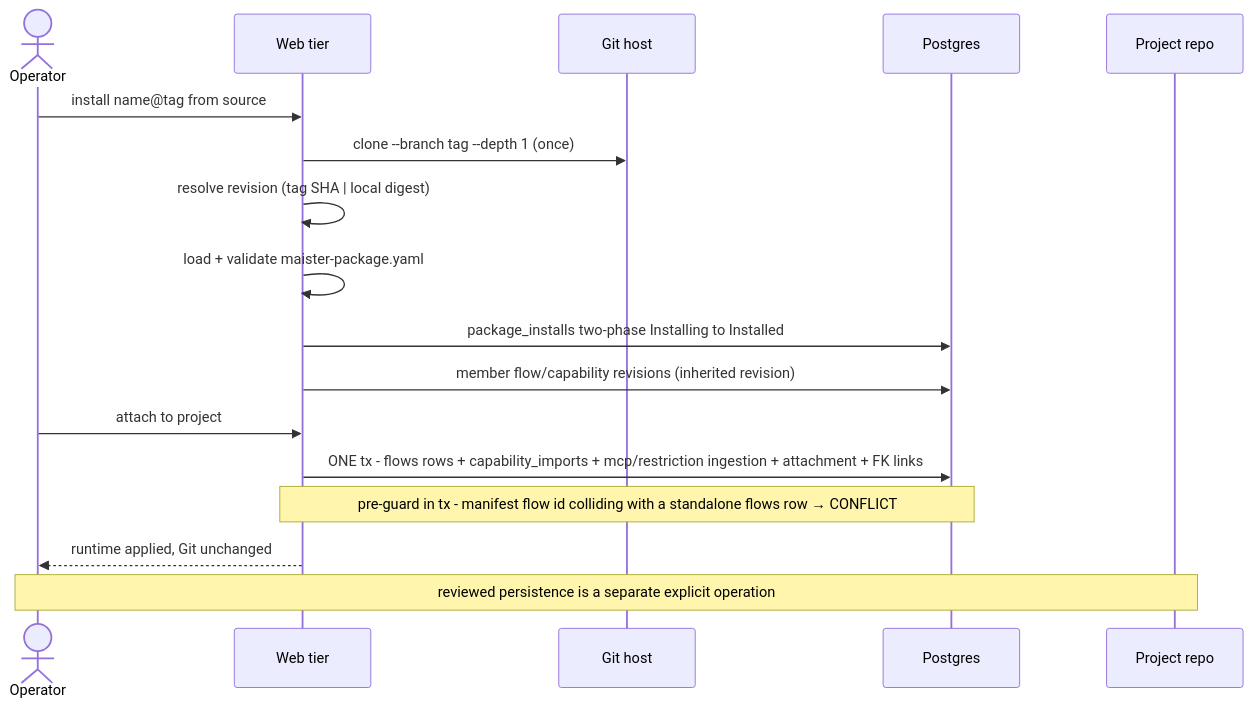
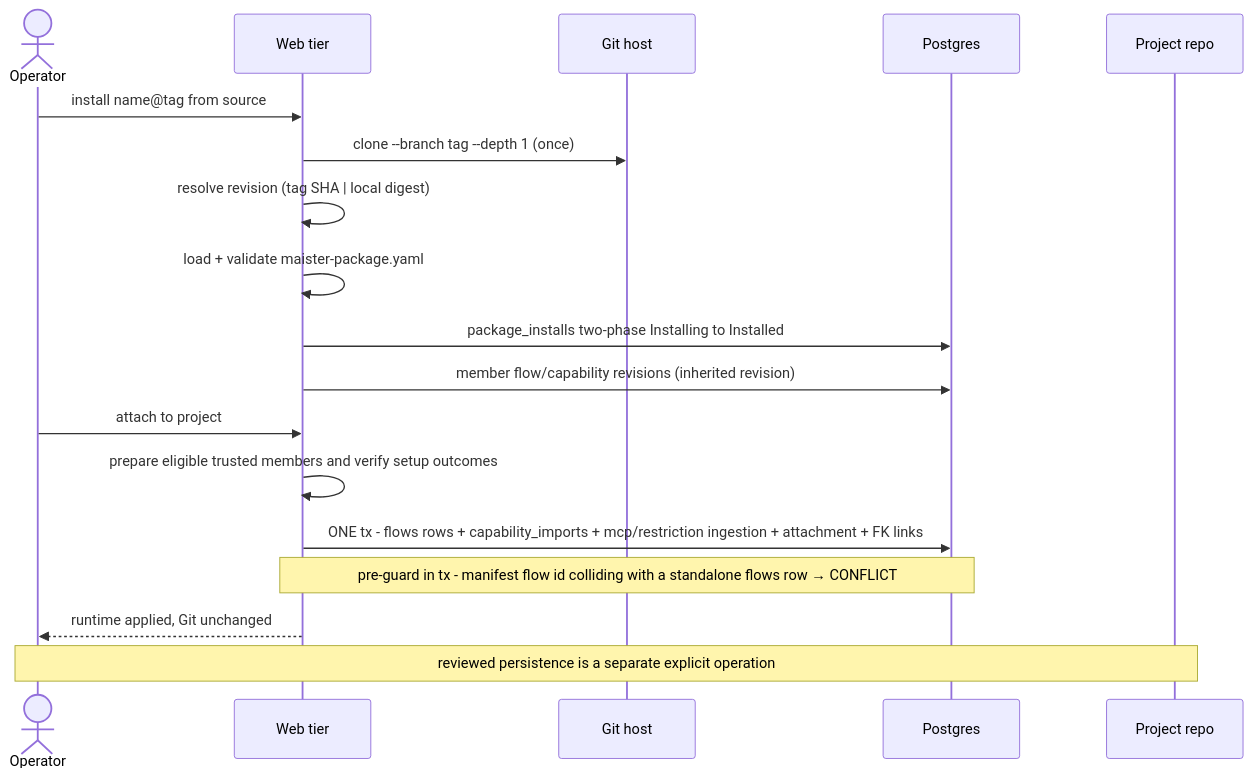
The third of 3 diagrams in docs/system-analytics/packages.md (maister-dev/maister), drawn with Mermaid before and after one commit. The commit also changed other lines of this file and 67 other files, not shown here.

Commit message:
fix(dependencies): fence installation, trusted setup and reviewed publication

````diff
--- a/docs/system-analytics/packages.md
+++ b/docs/system-analytics/packages.md
@@ -142,20 +149,21 @@
 ```mermaid
 sequenceDiagram
     actor U as Operator
     participant W as Web tier
     participant G as Git host
     participant DB as Postgres
     participant FS as Project repo
 
     U->>W: install name@tag from source
     W->>G: clone --branch tag --depth 1 (once)
     W->>W: resolve revision (tag SHA | local digest)
     W->>W: load + validate maister-package.yaml
     W->>DB: package_installs two-phase Installing to Installed
     W->>DB: member flow/capability revisions (inherited revision)
     U->>W: attach to project
+    W->>W: prepare eligible trusted members and verify setup outcomes
     W->>DB: ONE tx - flows rows + capability_imports + mcp/restriction ingestion + attachment + FK links
     Note over W,DB: pre-guard in tx - manifest flow id colliding with a standalone flows row → CONFLICT
     W-->>U: runtime applied, Git unchanged
     Note over U,FS: reviewed persistence is a separate explicit operation
 ```
````
